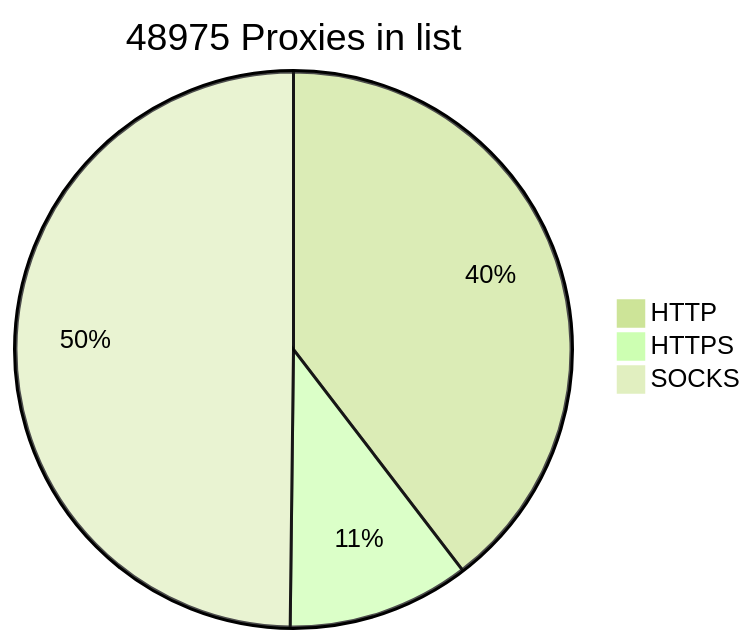
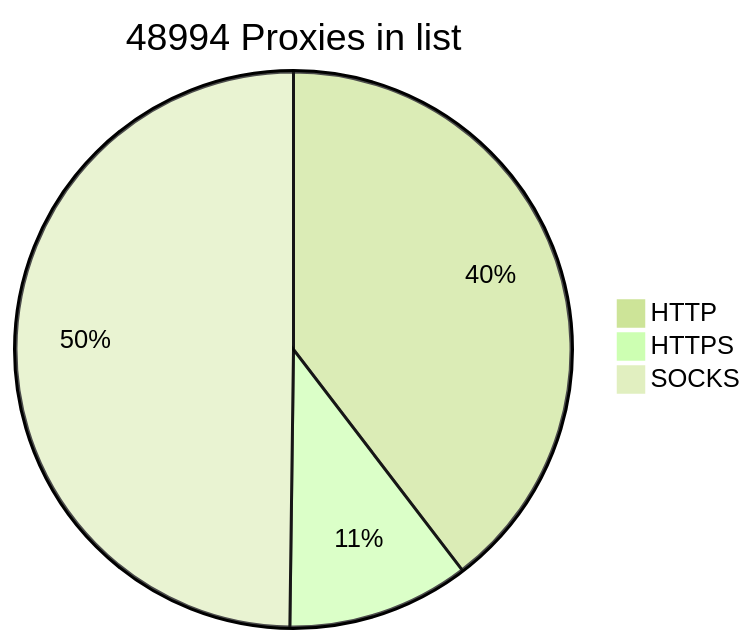
Before and after one commit to BlackSnowDot/proxylist-update-every-minute: the diagram in README.md, drawn with Mermaid (forest theme).

````diff
--- a/README.md
+++ b/README.md
@@ -2,6 +2,6 @@
 ```mermaid
-pie title 48975 Proxies in list
-    "HTTP" : 21404
-    "HTTPS": 5727
+pie title 48994 Proxies in list
+    "HTTP" : 21420
+    "HTTPS": 5731
     "SOCKS" : 26925
 ```
````
